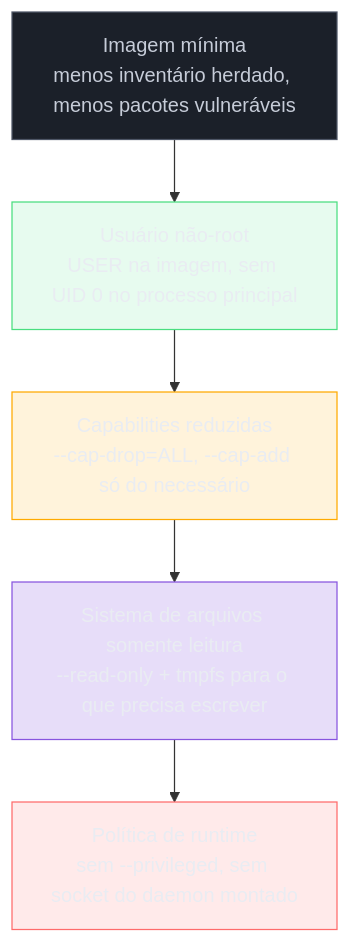
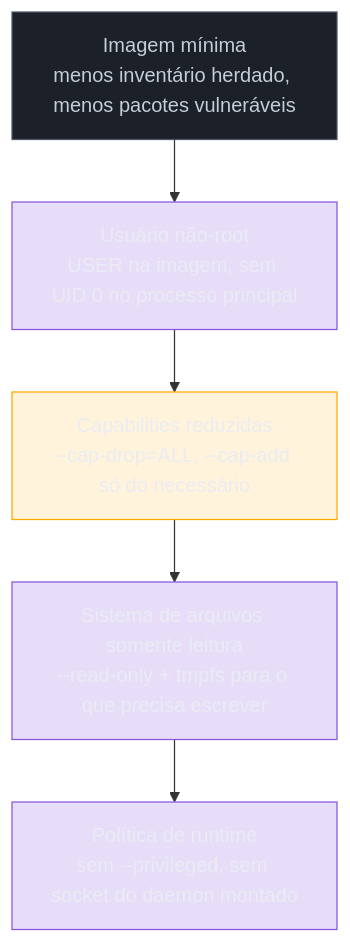
One commit to josenaldo/codex-technomanticus changed the diagram in 03-Dominios/Tecnologia/Infraestrutura/Docker/13 - Segurança da imagem e do runtime.md. Above: the diagram before and after it, drawn with Mermaid. The commit also changed 601 other files, not shown here.

````diff
--- a/03-Dominios/Tecnologia/Infraestrutura/Docker/13 - Segurança da imagem e do runtime.md
+++ b/03-Dominios/Tecnologia/Infraestrutura/Docker/13 - Segurança da imagem e do runtime.md
@@ -303,18 +303,16 @@
 ```mermaid
 flowchart TD
     classDef neutro fill:#1B2029,stroke:#4E5666,color:#C6CCD8
-    classDef ok fill:#4ADE8021,stroke:#4ADE80,color:#E9ECF2
     classDef destaque fill:#FFAA0024,stroke:#FFAA00,color:#E9ECF2
     classDef marca fill:#8855DF33,stroke:#8855DF,color:#E9ECF2
-    classDef falha fill:#FF6B6B24,stroke:#FF6B6B,color:#E9ECF2
     A["Imagem mínima<br/>menos inventário herdado, menos pacotes vulneráveis"] --> B["Usuário não-root<br/>USER na imagem, sem UID 0 no processo principal"]
     B --> C["Capabilities reduzidas<br/>--cap-drop=ALL, --cap-add só do necessário"]
     C --> D["Sistema de arquivos somente leitura<br/>--read-only + tmpfs para o que precisa escrever"]
     D --> E["Política de runtime<br/>sem --privileged, sem socket do daemon montado"]
 
     class A neutro
-    class B ok
+    class B marca
     class C destaque
     class D marca
-    class E falha
+    class E marca
 ```
````
